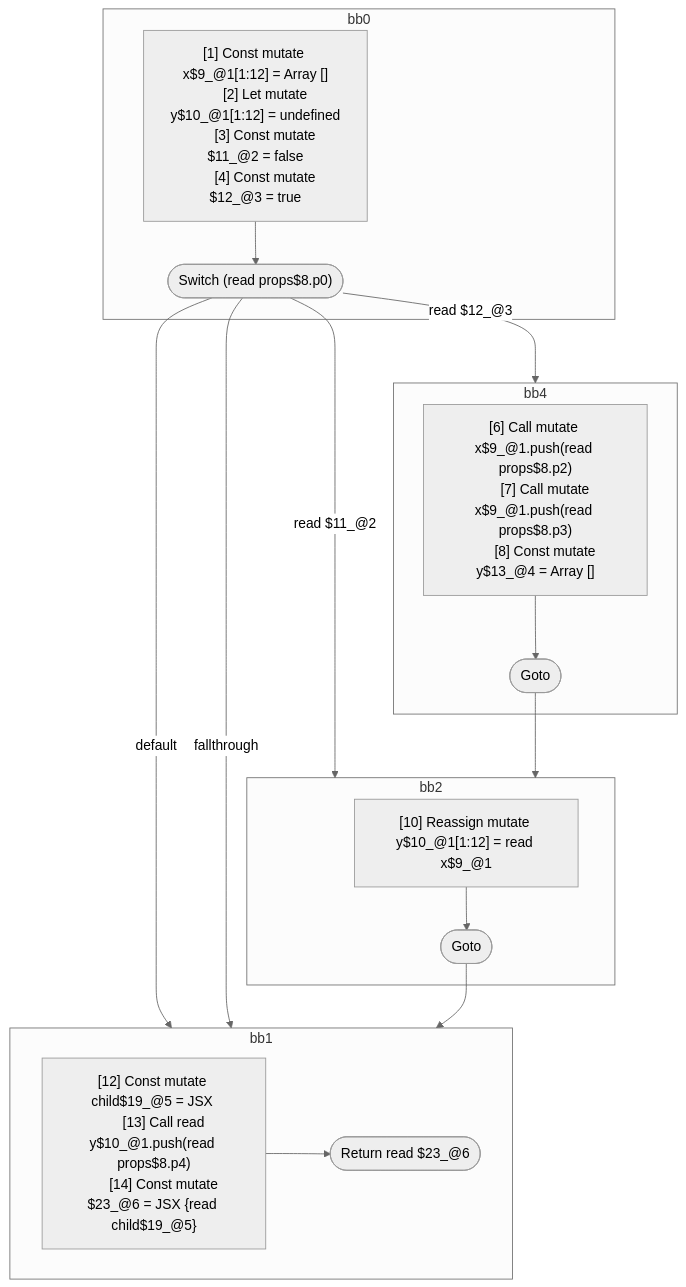
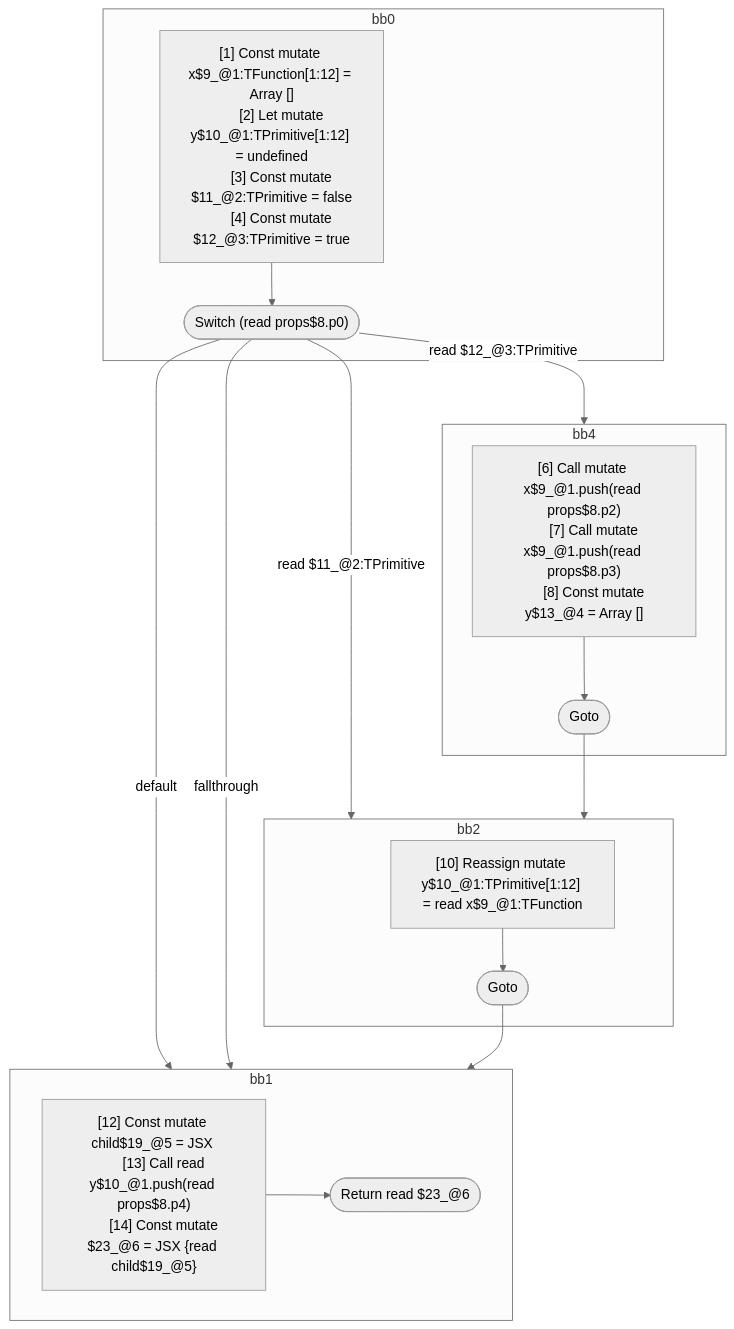
One commit to wutsmog/private changed the diagram in compiler/forget/src/__tests__/fixtures/hir/switch.expect.md. Above: the diagram before and after it, drawn with Mermaid (neutral theme). The commit also changed other lines of this file and 112 other files, not shown here.

````diff
--- a/compiler/forget/src/__tests__/fixtures/hir/switch.expect.md
+++ b/compiler/forget/src/__tests__/fixtures/hir/switch.expect.md
@@ -105,44 +105,44 @@
 ```mermaid
 flowchart TB
   %% Basic Blocks
   subgraph bb0
     bb0_instrs["
-      [1] Const mutate x$9_@1[1:12] = Array []
-      [2] Let mutate y$10_@1[1:12] = undefined
-      [3] Const mutate $11_@2 = false
-      [4] Const mutate $12_@3 = true
+      [1] Const mutate x$9_@1:TFunction[1:12] = Array []
+      [2] Let mutate y$10_@1:TPrimitive[1:12] = undefined
+      [3] Const mutate $11_@2:TPrimitive = false
+      [4] Const mutate $12_@3:TPrimitive = true
     "]
     bb0_instrs --> bb0_terminal(["Switch (read props$8.p0)"])
   end
   subgraph bb4
     bb4_instrs["
       [6] Call mutate x$9_@1.push(read props$8.p2)
       [7] Call mutate x$9_@1.push(read props$8.p3)
       [8] Const mutate y$13_@4 = Array []
     "]
     bb4_instrs --> bb4_terminal(["Goto"])
   end
   subgraph bb2
     bb2_instrs["
-      [10] Reassign mutate y$10_@1[1:12] = read x$9_@1
+      [10] Reassign mutate y$10_@1:TPrimitive[1:12] = read x$9_@1:TFunction
     "]
     bb2_instrs --> bb2_terminal(["Goto"])
   end
   subgraph bb1
     bb1_instrs["
-      [12] Const mutate child$19_@5 = JSX <read Component$0 data={freeze x$9_@1} ></read Component$0>
+      [12] Const mutate child$19_@5 = JSX <read Component$0 data={freeze x$9_@1:TFunction} ></read Component$0>
       [13] Call read y$10_@1.push(read props$8.p4)
-      [14] Const mutate $23_@6 = JSX <read Component$0 data={read y$10_@1} >{read child$19_@5}</read Component$0>
+      [14] Const mutate $23_@6 = JSX <read Component$0 data={read y$10_@1:TPrimitive} >{read child$19_@5}</read Component$0>
     "]
     bb1_instrs --> bb1_terminal(["Return read $23_@6"])
   end
 
   %% Jumps
-  bb0_terminal -- "read $12_@3" --> bb4
-  bb0_terminal -- "read $11_@2" --> bb2
+  bb0_terminal -- "read $12_@3:TPrimitive" --> bb4
+  bb0_terminal -- "read $11_@2:TPrimitive" --> bb2
   bb0_terminal -- "default" --> bb1
   bb0_terminal -- "fallthrough" --> bb1
   bb4_terminal --> bb2
   bb2_terminal --> bb1
 
 ```
````
